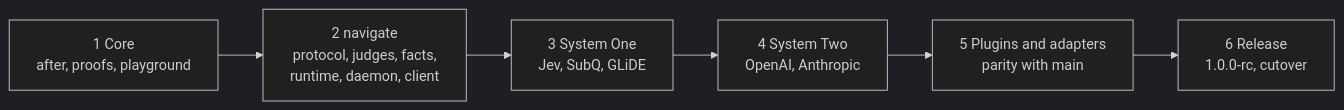
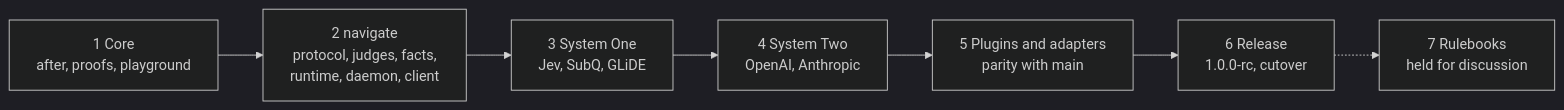
Before and after one commit to StevenJPx2/chauffeur: the first of 15 diagrams in docs/plans/pluggability.md, drawn with Mermaid (dark theme). The commit also changed other lines of this file, not shown here.

First line of the commit message:
docs(plans): rulebooks sketch, held as slice 7

````diff
--- a/docs/plans/pluggability.md
+++ b/docs/plans/pluggability.md
@@ -39,8 +40,9 @@
 ```mermaid
 flowchart LR
     S1["1 Core<br/>after, proofs, playground"] --> S2["2 navigate<br/>protocol, judges, facts,<br/>runtime, daemon, client"]
     S2 --> S3["3 System One<br/>Jev, SubQ, GLiDE"]
     S3 --> S4["4 System Two<br/>OpenAI, Anthropic"]
     S4 --> S5["5 Plugins and adapters<br/>parity with main"]
     S5 --> S6["6 Release<br/>1.0.0-rc, cutover"]
+    S6 -.-> S7["7 Rulebooks<br/>held for discussion"]
 ```
````
